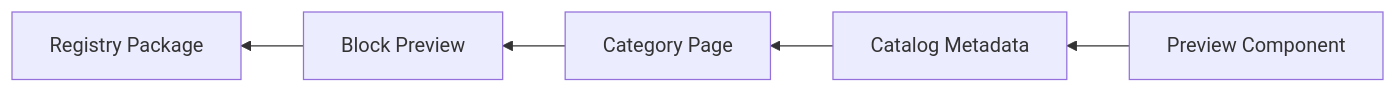
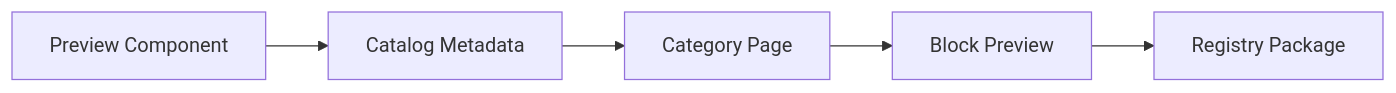
Before and after one commit to Layered-UI/Layered-UI: the diagram in doc/catalog_surface.md, drawn with Mermaid. The commit also changed other lines of this file, not shown here.

Commit message:
docs: convert development workflow ASCII chart to mermaid diagram

````diff
--- a/doc/catalog_surface.md
+++ b/doc/catalog_surface.md
@@ -113,7 +114,7 @@
 ```mermaid
-flowchart RL
+flowchart LR
       A[Preview Component] --> B[Catalog Metadata]
       B --> C[Category Page]
       C --> D[Block Preview]
       D --> E[Registry Package]
 ```
````
